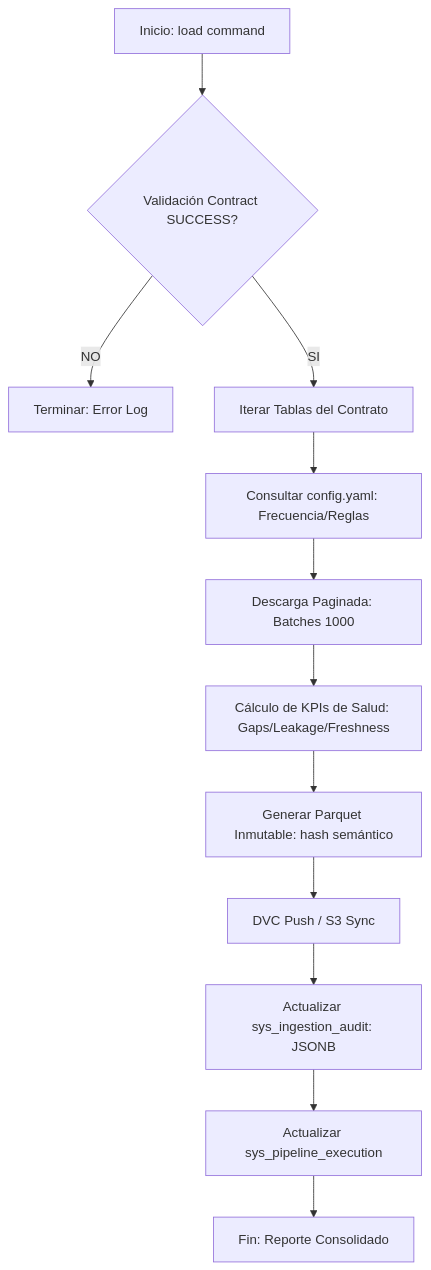
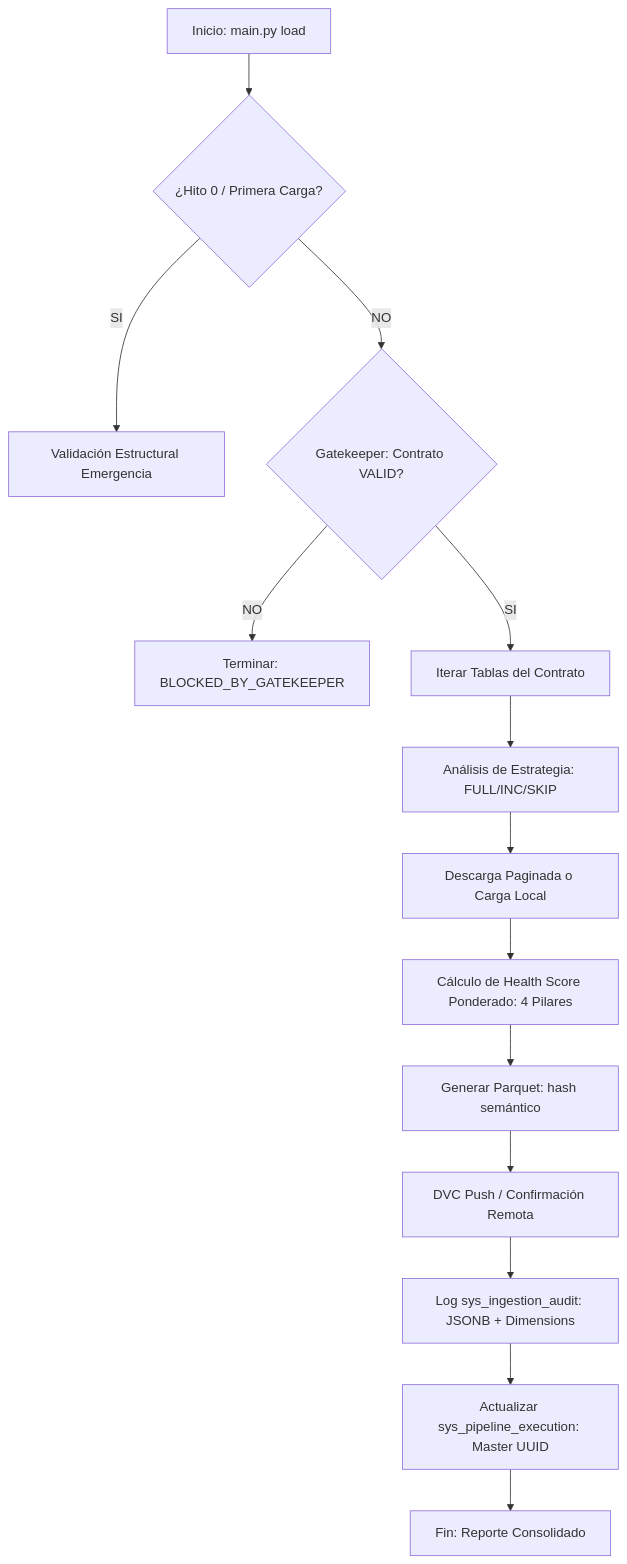
One commit to jdrodriguez1000/Bunuelos_TuRedondito changed the diagram in docs/specs/f02_02_spec.md. Above: the diagram before and after it, drawn with Mermaid. The commit also changed other lines of this file and 44 other files, not shown here.

````diff
--- a/docs/specs/f02_02_spec.md
+++ b/docs/specs/f02_02_spec.md
@@ -16,14 +16,16 @@
 ```mermaid
 graph TD
-    A[Inicio: load command] --> B{Validación Contract SUCCESS?}
-    B -- NO --> C[Terminar: Error Log]
+    A[Inicio: main.py load] --> AA{¿Hito 0 / Primera Carga?}
+    AA -- SI --> AB[Validación Estructural Emergencia]
+    AA -- NO --> B{Gatekeeper: Contrato VALID?}
+    B -- NO --> C[Terminar: BLOCKED_BY_GATEKEEPER]
     B -- SI --> D[Iterar Tablas del Contrato]
-    D --> E[Consultar config.yaml: Frecuencia/Reglas]
-    E --> F[Descarga Paginada: Batches 1000]
-    F --> G[Cálculo de KPIs de Salud: Gaps/Leakage/Freshness]
-    G --> H[Generar Parquet Inmutable: hash semántico]
-    H --> I[DVC Push / S3 Sync]
-    I --> J[Actualizar sys_ingestion_audit: JSONB]
-    J --> K[Actualizar sys_pipeline_execution]
+    D --> E[Análisis de Estrategia: FULL/INC/SKIP]
+    E --> F[Descarga Paginada o Carga Local]
+    F --> G[Cálculo de Health Score Ponderado: 4 Pilares]
+    G --> H[Generar Parquet: hash semántico]
+    H --> I[DVC Push / Confirmación Remota]
+    I --> J[Log sys_ingestion_audit: JSONB + Dimensions]
+    J --> K[Actualizar sys_pipeline_execution: Master UUID]
     K --> L[Fin: Reporte Consolidado]
 ```
````
